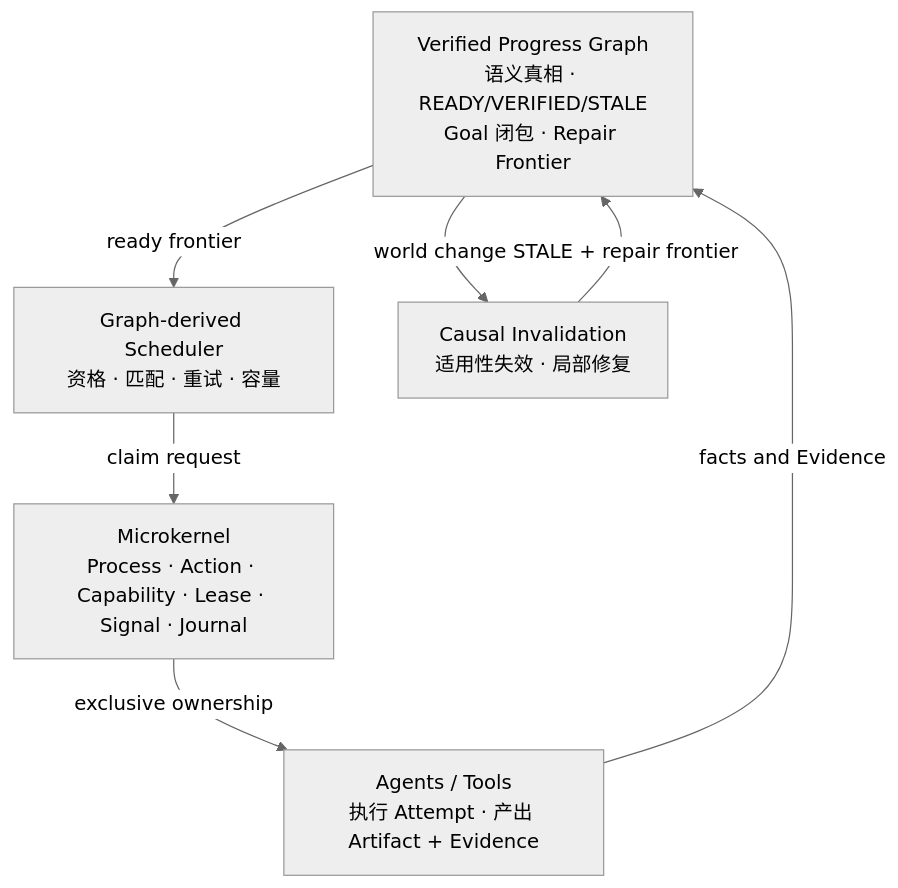
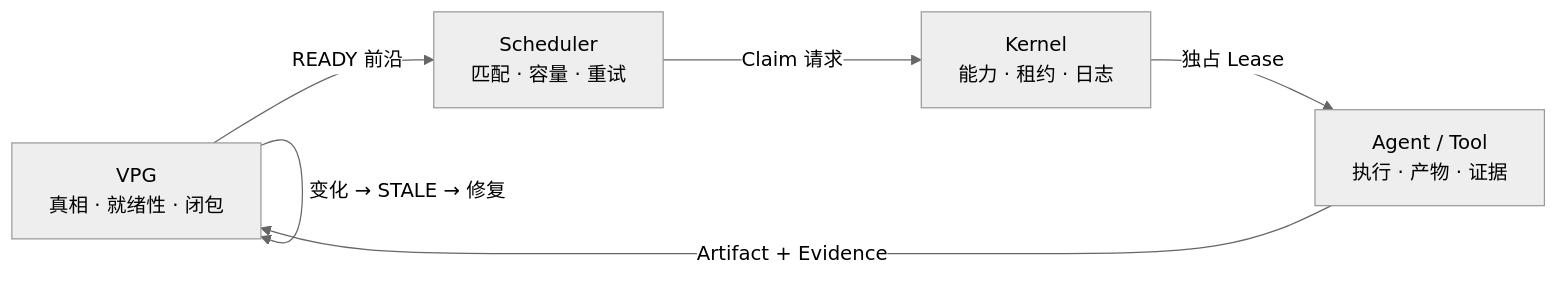
Before and after one commit to Yang-Jiashu/LongHorizonOS: the diagram in README.zh-CN.md, drawn with Mermaid (neutral theme). The commit also changed other lines of this file and 73 other files, not shown here.

````diff
--- a/README.zh-CN.md
+++ b/README.zh-CN.md
@@ -56,15 +43,13 @@
 ```mermaid
-flowchart TB
-    G["Verified Progress Graph<br/>语义真相 · READY/VERIFIED/STALE<br/>Goal 闭包 · Repair Frontier"]
-    S["Graph-derived Scheduler<br/>资格 · 匹配 · 重试 · 容量"]
-    K["Microkernel<br/>Process · Action · Capability · Lease · Signal · Journal"]
-    A["Agents / Tools<br/>执行 Attempt · 产出 Artifact + Evidence"]
-    R["Causal Invalidation<br/>适用性失效 · 局部修复"]
+flowchart LR
+    V["VPG<br/>真相 · 就绪性 · 闭包"]
+    S["Scheduler<br/>匹配 · 容量 · 重试"]
+    K["Kernel<br/>能力 · 租约 · 日志"]
+    A["Agent / Tool<br/>执行 · 产物 · 证据"]
 
-    G -->|"ready frontier"| S
-    S -->|"claim request"| K
-    K -->|"exclusive ownership"| A
-    A -->|"facts and Evidence"| G
-    G -->|"world change"| R
-    R -->|"STALE + repair frontier"| G
+    V -->|"READY 前沿"| S
+    S -->|"Claim 请求"| K
+    K -->|"独占 Lease"| A
+    A -->|"Artifact + Evidence"| V
+    V -->|"变化 → STALE → 修复"| V
 ```
````
